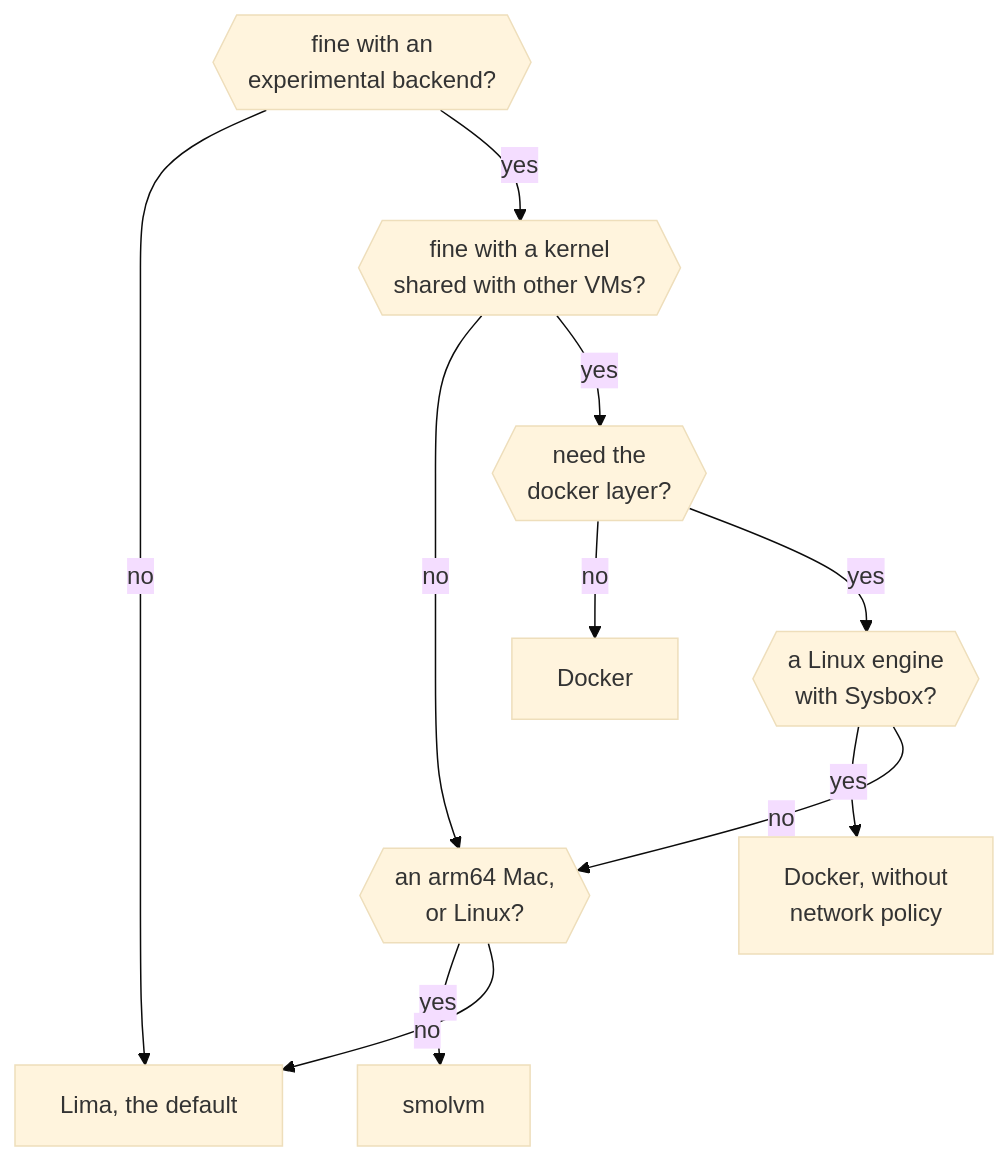
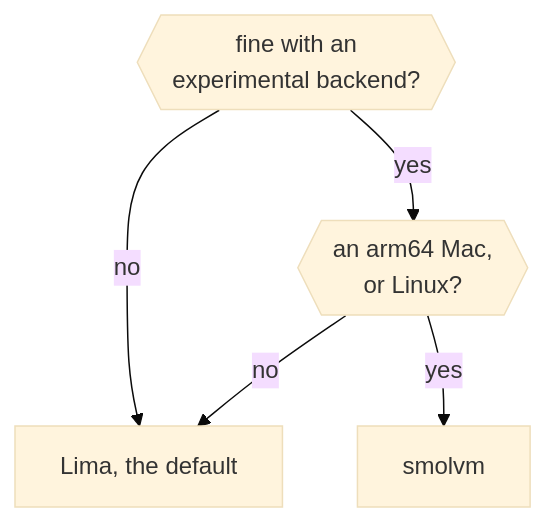
One commit to DustyPolk/devvm changed the diagram in docs/content/docs/backends/_index.md. Above: the diagram before and after it, drawn with Mermaid (base theme). The commit also changed other lines of this file and 156 other files, not shown here.

````diff
--- a/docs/content/docs/backends/_index.md
+++ b/docs/content/docs/backends/_index.md
@@ -32,13 +30,7 @@
 ```mermaid
 flowchart TD
   start{{"fine with an<br>experimental backend?"}} -- "no" --> lima["Lima, the default"]
-  start -- "yes" --> kernel{{"fine with a kernel<br>shared with other VMs?"}}
-  kernel -- "no" --> arm{{"an arm64 Mac,<br>or Linux?"}}
+  start -- "yes" --> arm{{"an arm64 Mac,<br>or Linux?"}}
   arm -- "yes" --> smolvm["smolvm"]
   arm -- "no" --> lima
-  kernel -- "yes" --> layer{{"need the<br>docker layer?"}}
-  layer -- "no" --> docker["Docker"]
-  layer -- "yes" --> sysbox{{"a Linux engine<br>with Sysbox?"}}
-  sysbox -- "yes" --> dockerSysbox["Docker, without<br>network policy"]
-  sysbox -- "no" --> arm
 ```
````
